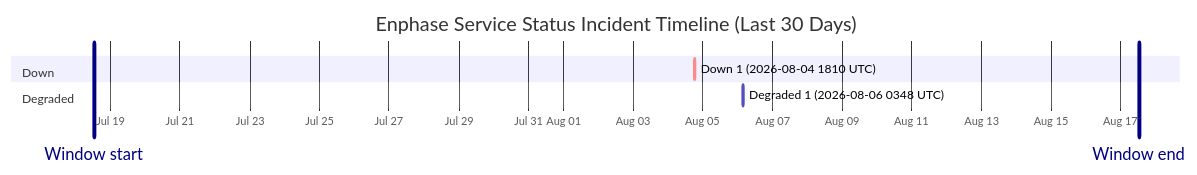
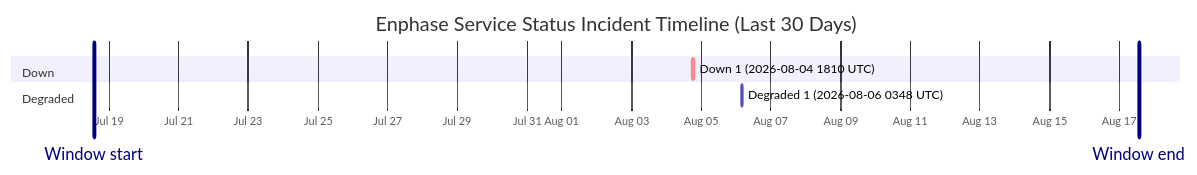
The diagram in wiki/Service-Status-History.md (barneyonline/ha-enphase-energy), drawn with Mermaid before and after one commit. The commit also changed other lines of this file and 3 other files, not shown here.

````diff
--- a/wiki/Service-Status-History.md
+++ b/wiki/Service-Status-History.md
@@ -14,12 +14,12 @@
 ```mermaid
 gantt
     title Enphase Service Status Incident Timeline (Last 30 Days)
     dateFormat  YYYY-MM-DDTHH:mm:ss
     axisFormat  %b %d
-    Window start :vert, window-start, 2026-07-18T12:39:40, 0ms
-    Window end :vert, window-end, 2026-08-17T12:39:40, 0ms
+    Window start :vert, window-start, 2026-07-18T13:37:33, 0ms
+    Window end :vert, window-end, 2026-08-17T13:37:33, 0ms
     section Down
     Down 1 (2026-08-04 1810 UTC) :crit, down-1, 2026-08-04T18:10:46, 60m
     section Degraded
     Degraded 1 (2026-08-06 0348 UTC) :active, degraded-1, 2026-08-06T03:48:14, 60m
 ```
````
